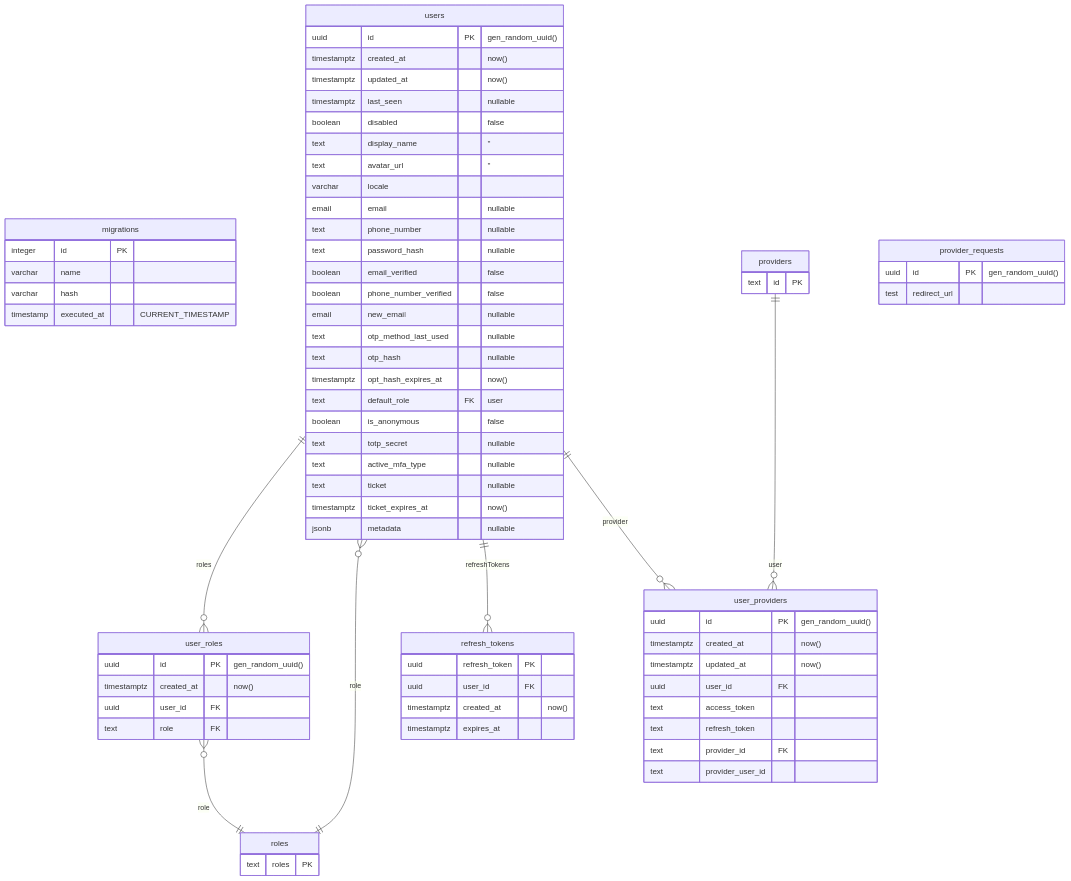
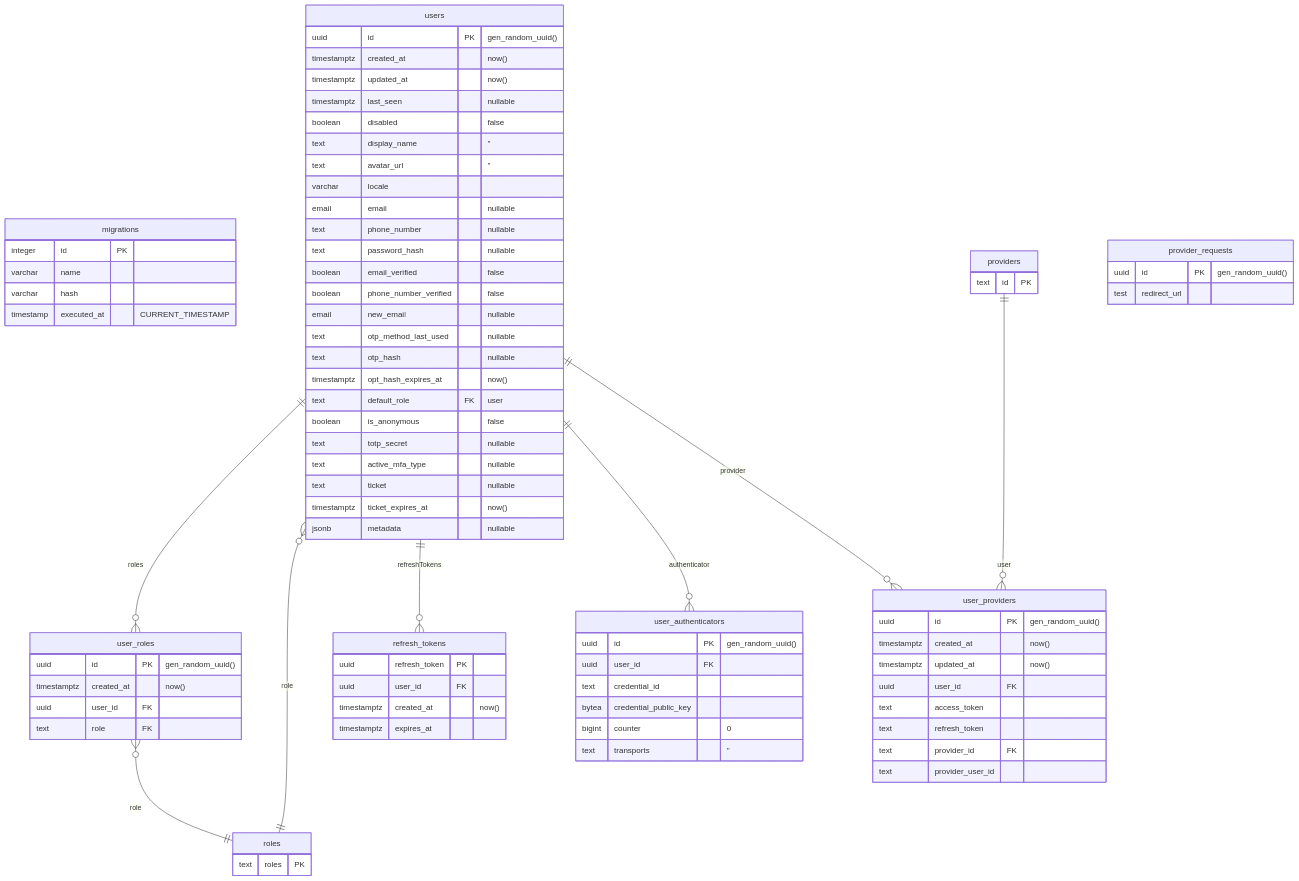
The diagram in docs/schema.md (nhost/nhost), drawn with Mermaid before and after one commit.

Commit message:
docs(webauthn): add table to er diagram

```diff
--- a/docs/schema.md
+++ b/docs/schema.md
@@ -15,6 +15,7 @@
 user_roles }o--|| roles: role
 users }o--|| roles: role
 users ||--o{ refresh_tokens: refreshTokens
+users ||--o{ user_authenticators: authenticator
 users ||--o{ user_providers: provider
 providers ||--o{ user_providers: user
 
@@ -22,7 +23,6 @@
     uuid id PK "gen_random_uuid()"
     test redirect_url
 }
-
 
 refresh_tokens {
     uuid refresh_token PK
@@ -34,6 +34,7 @@
 providers {
     text id PK
 }
+
 user_providers {
     uuid id PK "gen_random_uuid()"
     timestamptz created_at "now()"
@@ -44,12 +45,23 @@
     text provider_id FK
     text provider_user_id
 }
+
+user_authenticators {
+    uuid id PK "gen_random_uuid()"
+    uuid user_id FK
+    text credential_id
+    bytea credential_public_key
+    bigint counter "0"
+    text transports "''"
+}
+
 user_roles {
     uuid id PK "gen_random_uuid()"
     timestamptz created_at "now()"
     uuid user_id FK
     text role FK
 }
+
 users {
     uuid id PK "gen_random_uuid()"
     timestamptz created_at "now()"
```
